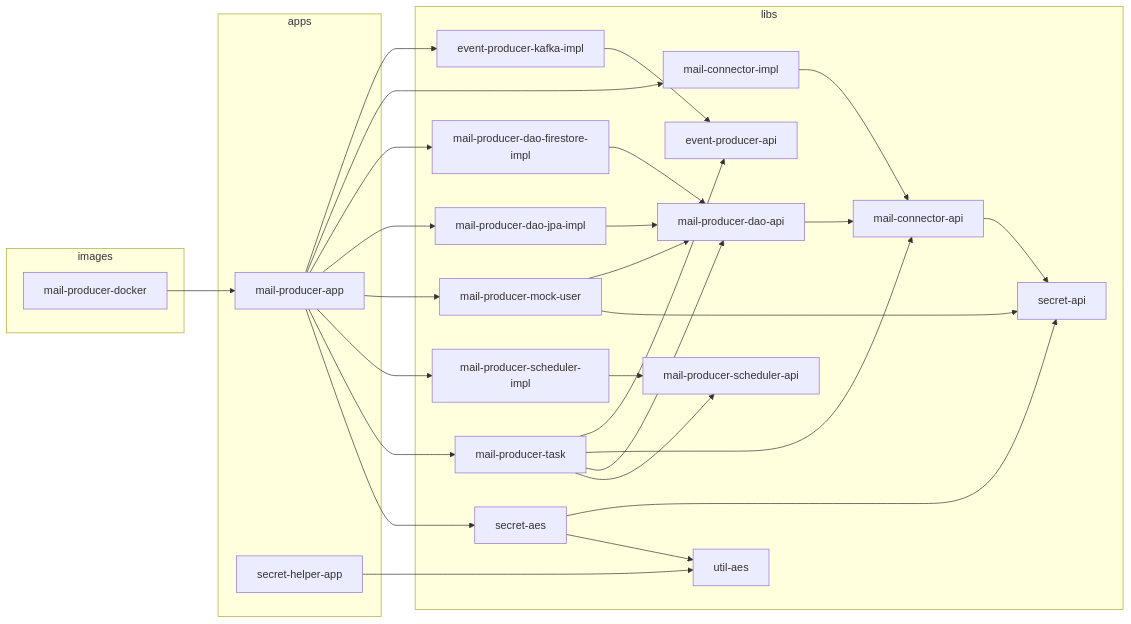
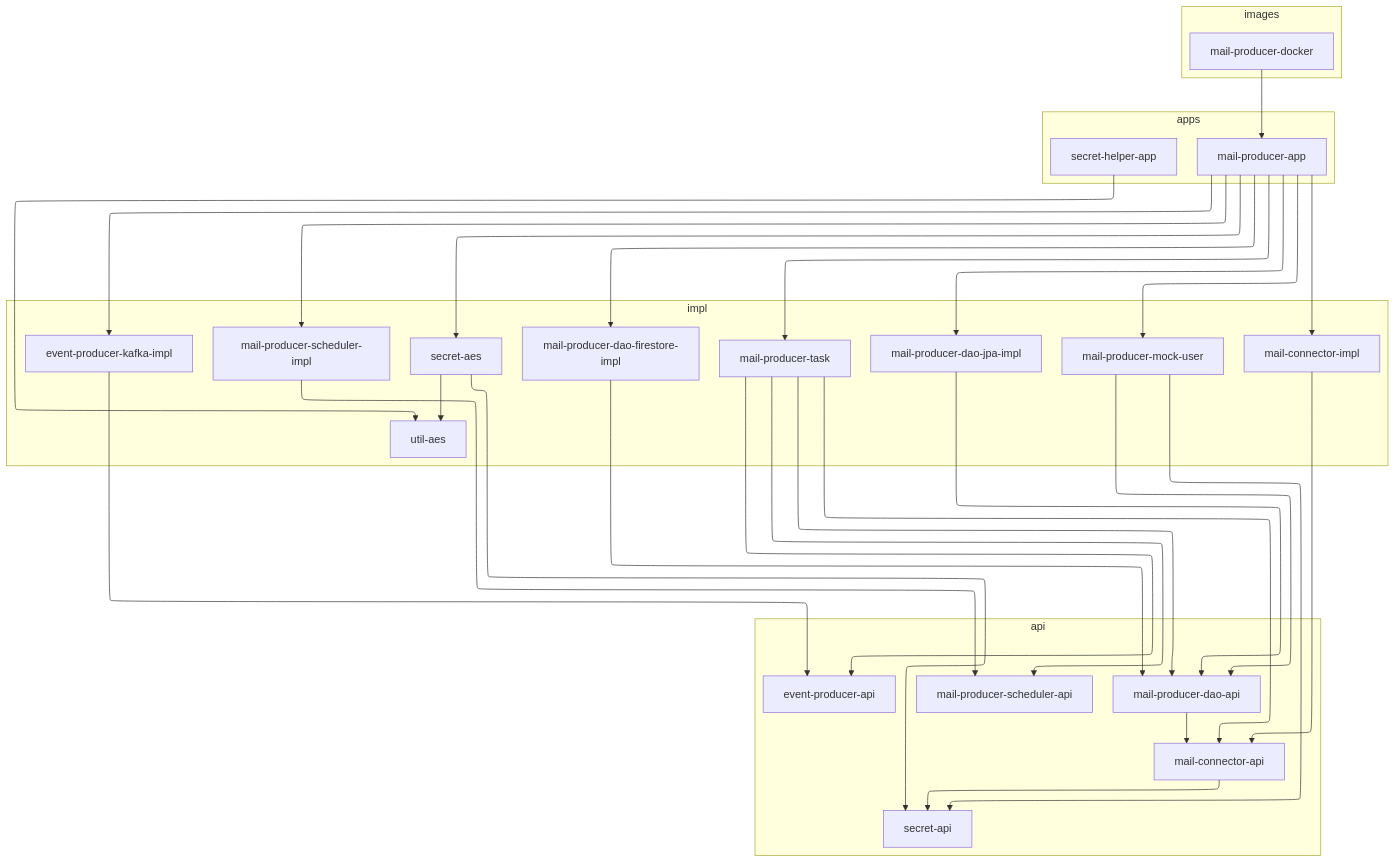
One commit to Guslarz/invoice-watcher changed the diagram in docs/reference/modules.md. Above: the diagram before and after it, drawn with Mermaid. The commit also changed other lines of this file and 4 other files, not shown here.

Commit message:
Add the diagram layout and zoom files missing from the previous commit

````diff
--- a/docs/reference/modules.md
+++ b/docs/reference/modules.md
@@ -30,51 +32,57 @@
 ```mermaid
-flowchart LR
+---
+config:
+  layout: elk
+---
+flowchart TB
+  subgraph images
+    images_mail_producer_docker["mail-producer-docker"]
+  end
   subgraph apps
     apps_mail_producer_app["mail-producer-app"]
     apps_secret_helper_app["secret-helper-app"]
   end
-  subgraph images
-    images_mail_producer_docker["mail-producer-docker"]
-  end
-  subgraph libs
-    libs_event_producer_api["event-producer-api"]
+  subgraph impl
     libs_event_producer_kafka_impl["event-producer-kafka-impl"]
-    libs_mail_connector_api["mail-connector-api"]
     libs_mail_connector_impl["mail-connector-impl"]
-    libs_mail_producer_dao_api["mail-producer-dao-api"]
     libs_mail_producer_dao_firestore_impl["mail-producer-dao-firestore-impl"]
     libs_mail_producer_dao_jpa_impl["mail-producer-dao-jpa-impl"]
     libs_mail_producer_mock_user["mail-producer-mock-user"]
-    libs_mail_producer_scheduler_api["mail-producer-scheduler-api"]
     libs_mail_producer_scheduler_impl["mail-producer-scheduler-impl"]
     libs_mail_producer_task["mail-producer-task"]
     libs_secret_aes["secret-aes"]
+    libs_util_aes["util-aes"]
+  end
+  subgraph api
+    libs_event_producer_api["event-producer-api"]
+    libs_mail_connector_api["mail-connector-api"]
+    libs_mail_producer_dao_api["mail-producer-dao-api"]
+    libs_mail_producer_scheduler_api["mail-producer-scheduler-api"]
     libs_secret_api["secret-api"]
-    libs_util_aes["util-aes"]
   end
   apps_mail_producer_app --> libs_event_producer_kafka_impl
   apps_mail_producer_app --> libs_mail_connector_impl
   apps_mail_producer_app --> libs_mail_producer_dao_firestore_impl
   apps_mail_producer_app --> libs_mail_producer_dao_jpa_impl
   apps_mail_producer_app --> libs_mail_producer_mock_user
   apps_mail_producer_app --> libs_mail_producer_scheduler_impl
   apps_mail_producer_app --> libs_mail_producer_task
   apps_mail_producer_app --> libs_secret_aes
   apps_secret_helper_app --> libs_util_aes
   images_mail_producer_docker --> apps_mail_producer_app
   libs_event_producer_kafka_impl --> libs_event_producer_api
   libs_mail_connector_api --> libs_secret_api
   libs_mail_connector_impl --> libs_mail_connector_api
   libs_mail_producer_dao_api --> libs_mail_connector_api
   libs_mail_producer_dao_firestore_impl --> libs_mail_producer_dao_api
   libs_mail_producer_dao_jpa_impl --> libs_mail_producer_dao_api
   libs_mail_producer_mock_user --> libs_mail_producer_dao_api
   libs_mail_producer_mock_user --> libs_secret_api
   libs_mail_producer_scheduler_impl --> libs_mail_producer_scheduler_api
   libs_mail_producer_task --> libs_event_producer_api
   libs_mail_producer_task --> libs_mail_connector_api
   libs_mail_producer_task --> libs_mail_producer_dao_api
   libs_mail_producer_task --> libs_mail_producer_scheduler_api
   libs_secret_aes --> libs_secret_api
   libs_secret_aes --> libs_util_aes
 ```
````
